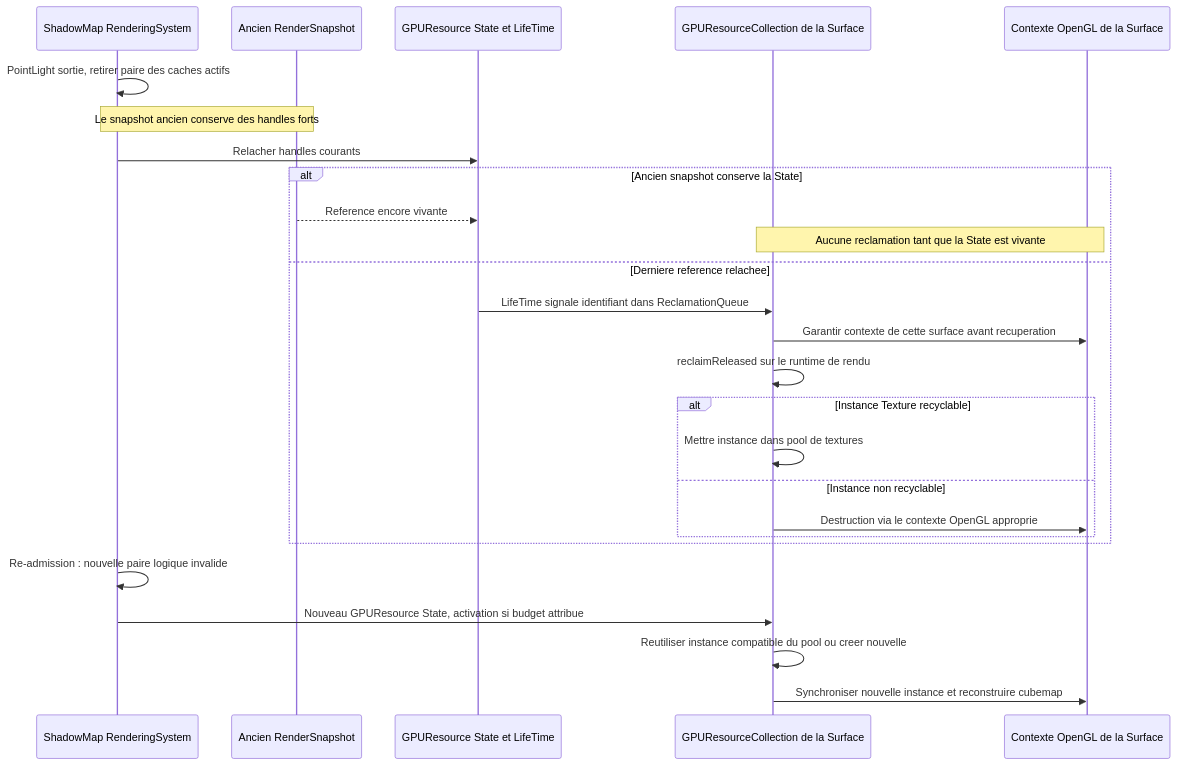
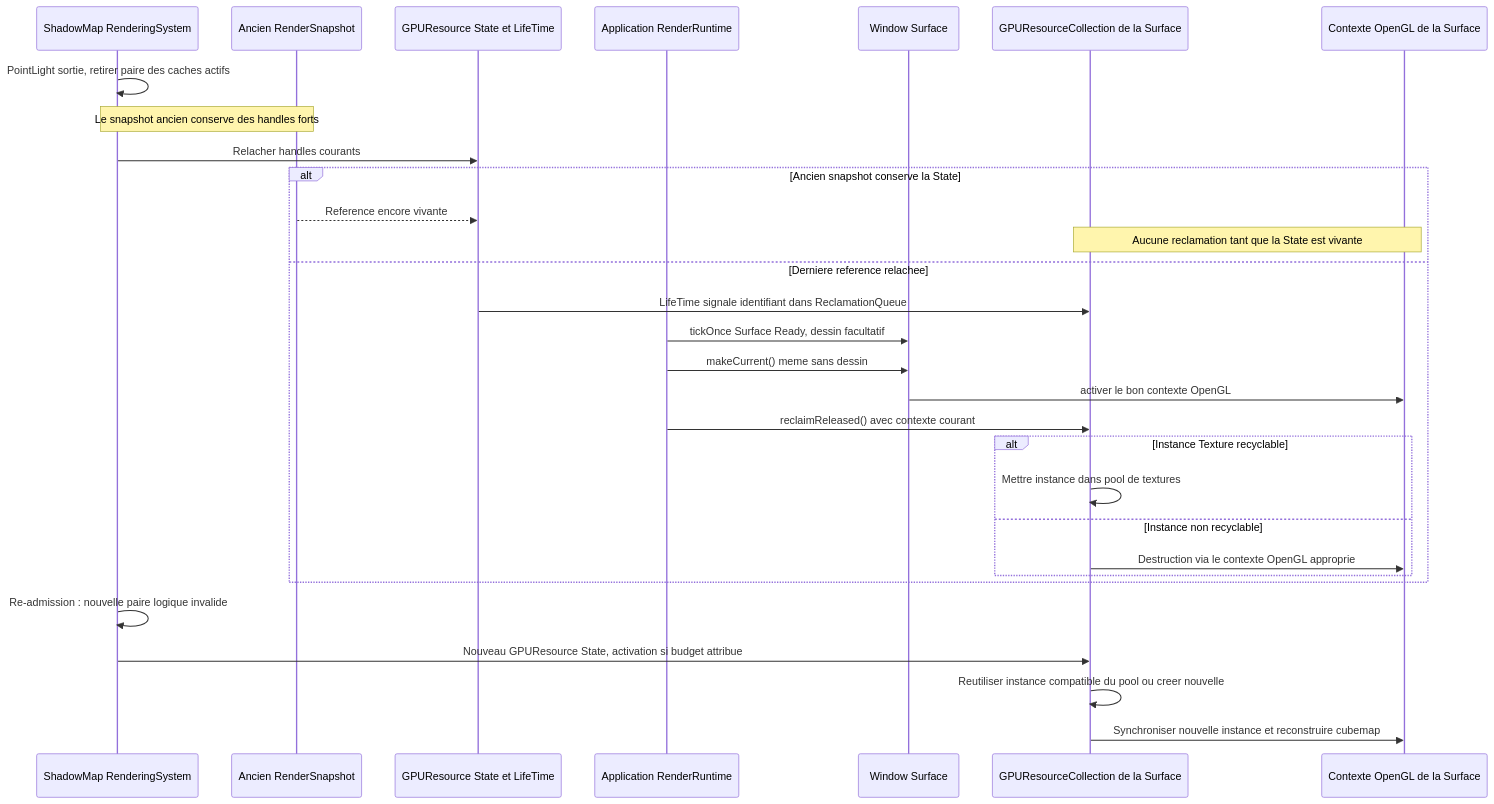
Before and after one commit to EreliaStudio/Sparkle: diagram 17 of 19 in docs/voxel-engine-v0.1.4/08-lumieres-et-ombres.md, drawn with Mermaid. The commit also changed other lines of this file and 4 other files, not shown here.

Commit message:
docs(v0.1.4): activate each surface GL context before per-tick GPU reclamation

````diff
--- a/docs/voxel-engine-v0.1.4/08-lumieres-et-ombres.md
+++ b/docs/voxel-engine-v0.1.4/08-lumieres-et-ombres.md
@@ -654,28 +682,32 @@
 ```mermaid
 sequenceDiagram
     participant SH as ShadowMap RenderingSystem
     participant SNAP as Ancien RenderSnapshot
     participant STATE as GPUResource State et LifeTime
+    participant RT as Application RenderRuntime
+    participant SURF as Window Surface
     participant COL as GPUResourceCollection de la Surface
     participant GPU as Contexte OpenGL de la Surface
     SH->>SH: PointLight sortie, retirer paire des caches actifs
     Note over SH,SNAP: Le snapshot ancien conserve des handles forts
     SH->>STATE: Relacher handles courants
     alt Ancien snapshot conserve la State
         SNAP-->>STATE: Reference encore vivante
         Note over COL,GPU: Aucune reclamation tant que la State est vivante
     else Derniere reference relachee
         STATE->>COL: LifeTime signale identifiant dans ReclamationQueue
-        COL->>GPU: Garantir contexte de cette surface avant recuperation
-        COL->>COL: reclaimReleased sur le runtime de rendu
+        RT->>SURF: tickOnce Surface Ready, dessin facultatif
+        RT->>SURF: makeCurrent() meme sans dessin
+        SURF->>GPU: activer le bon contexte OpenGL
+        RT->>COL: reclaimReleased() avec contexte courant
         alt Instance Texture recyclable
             COL->>COL: Mettre instance dans pool de textures
         else Instance non recyclable
             COL->>GPU: Destruction via le contexte OpenGL approprie
         end
     end
     SH->>SH: Re-admission : nouvelle paire logique invalide
     SH->>COL: Nouveau GPUResource State, activation si budget attribue
     COL->>COL: Reutiliser instance compatible du pool ou creer nouvelle
     COL->>GPU: Synchroniser nouvelle instance et reconstruire cubemap
 ```
````
